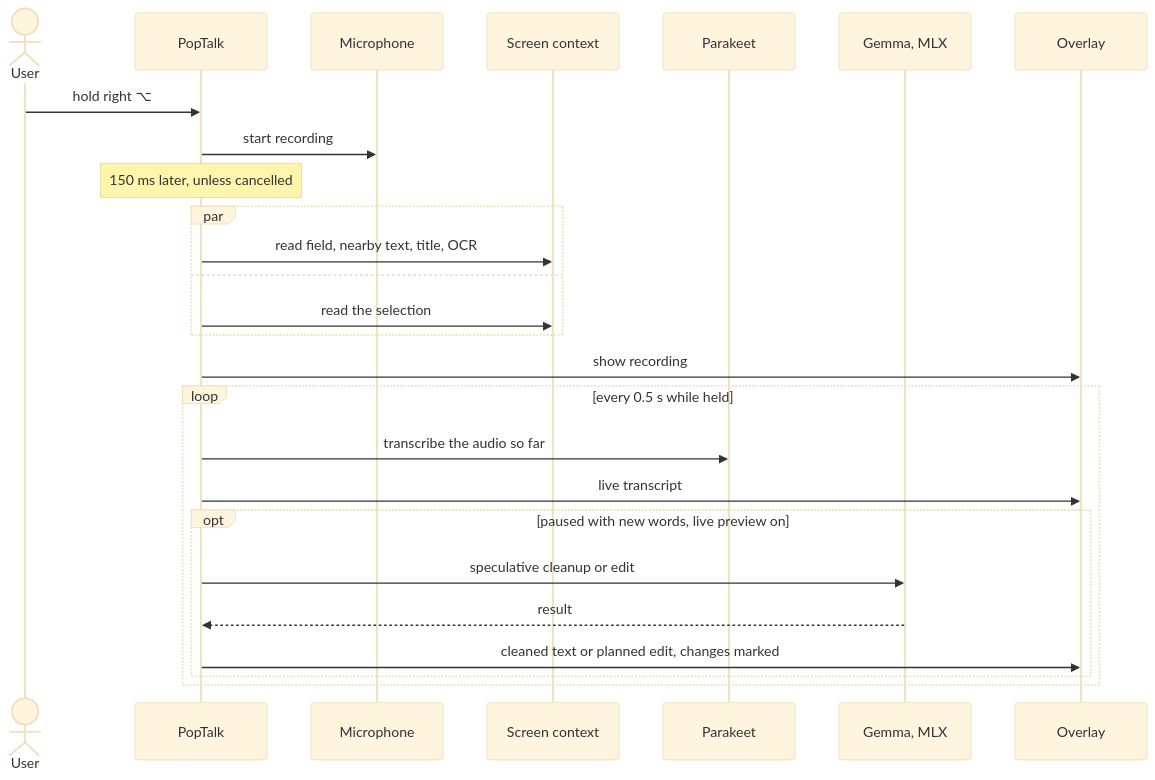
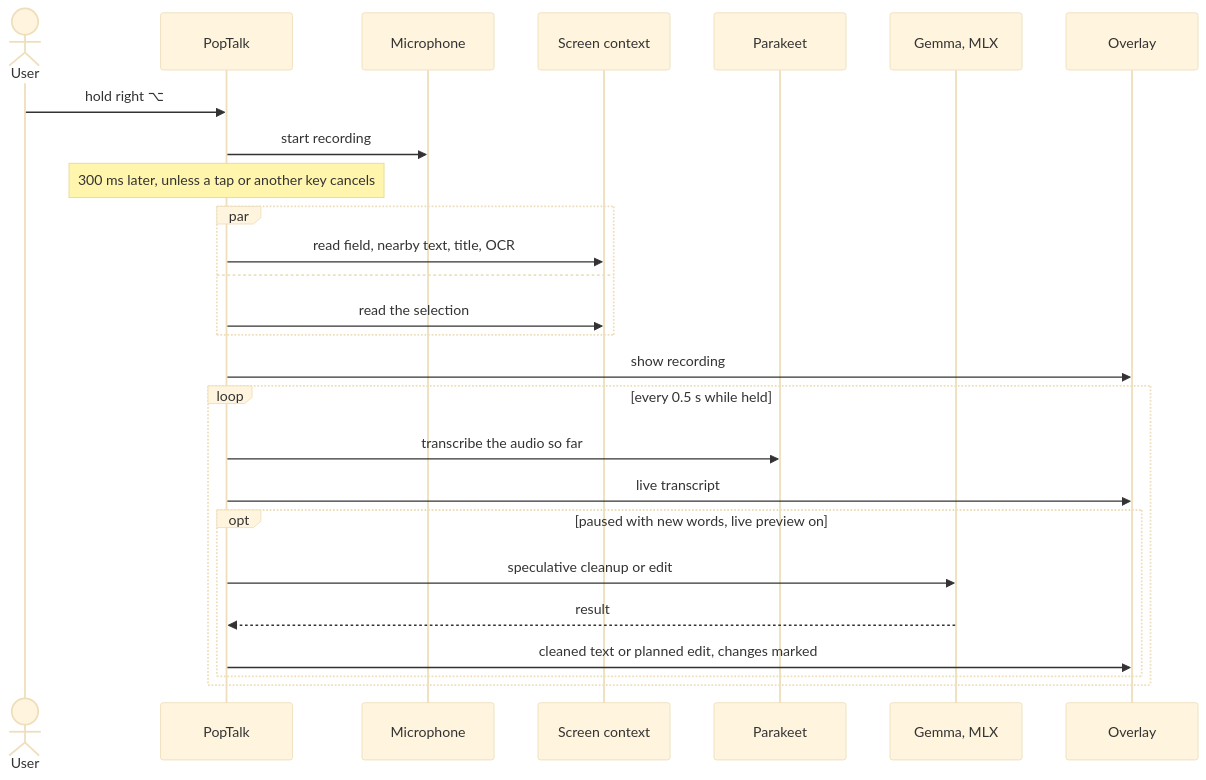
Before and after one commit to thirteen37/PopTalk: the third of 4 diagrams in docs/how-it-works.md, drawn with Mermaid (base theme). The commit also changed other lines of this file and 6 other files, not shown here.

````diff
--- a/docs/how-it-works.md
+++ b/docs/how-it-works.md
@@ -105,29 +105,29 @@
 ```mermaid
 sequenceDiagram
     actor User
     participant App as PopTalk
     participant Mic as Microphone
     participant Screen as Screen context
     participant ASR as Parakeet
     participant LLM as Gemma, MLX
     participant Overlay
 
     User->>App: hold right ⌥
     App->>Mic: start recording
-    Note over App: 150 ms later, unless cancelled
+    Note over App: 300 ms later, unless a tap or another key cancels
     par
         App->>Screen: read field, nearby text, title, OCR
     and
         App->>Screen: read the selection
     end
     App->>Overlay: show recording
     loop every 0.5 s while held
         App->>ASR: transcribe the audio so far
         App->>Overlay: live transcript
         opt paused with new words, live preview on
             App->>LLM: speculative cleanup or edit
             LLM-->>App: result
             App->>Overlay: cleaned text or planned edit, changes marked
         end
     end
 ```
````
